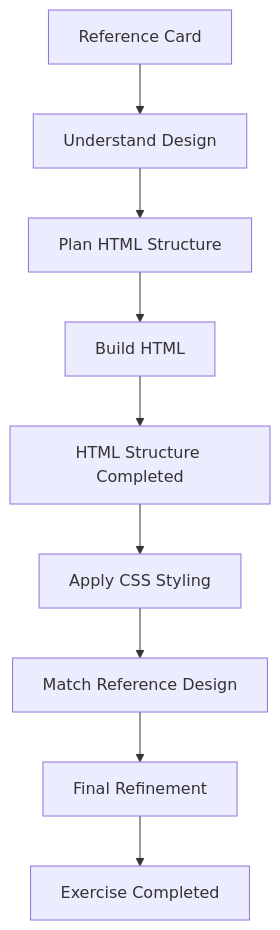
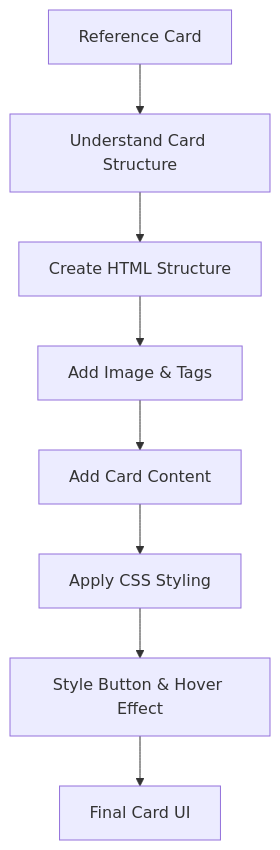
Before and after one commit to Shambhavichaudhary/Frontend-Workspace: the diagram in HTML-CSS/Exercise-03/README.md, drawn with Mermaid. The commit also changed other lines of this file, not shown here.

Commit message:
Exercise-03 : update README.md file

````diff
--- a/HTML-CSS/Exercise-03/README.md
+++ b/HTML-CSS/Exercise-03/README.md
@@ -124,11 +144,10 @@
 ```mermaid
-flowchart TD
-    A[Reference Card] --> B[Understand Design]
-    B --> C[Plan HTML Structure]
-    C --> D[Build HTML]
-    D --> E[HTML Structure Completed]
+flowchart TB
+    A[Reference Card] --> B[Understand Card Structure]
+    B --> C[Create HTML Structure]
+    C --> D[Add Image & Tags]
+    D --> E[Add Card Content]
     E --> F[Apply CSS Styling]
-    F --> G[Match Reference Design]
-    G --> H[Final Refinement]
-    H --> I[Exercise Completed]
+    F --> G[Style Button & Hover Effect]
+    G --> H[Final Card UI]
 ```
````
